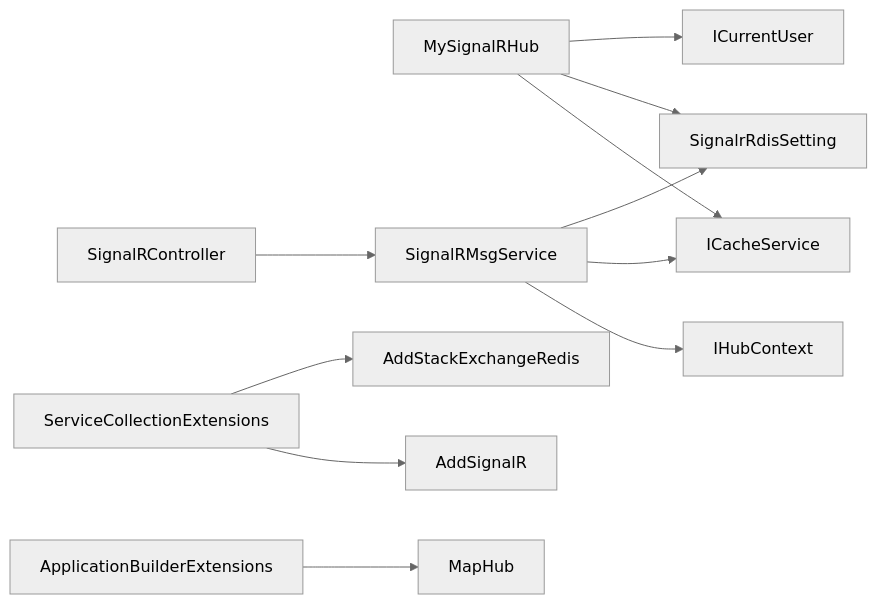
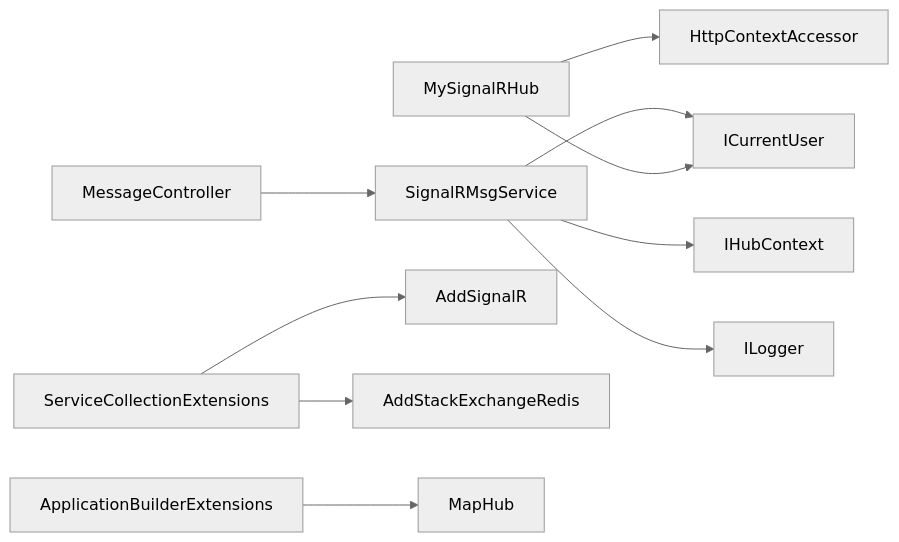
Before and after one commit to junkai-li/NetCoreKevin: the fifth of 5 diagrams in .qoder/repowiki/zh/content/核心模块/消息系统/实时消息推送.md, drawn with Mermaid (neutral theme). The commit also changed other lines of this file and 40 other files, not shown here.

````diff
--- a/.qoder/repowiki/zh/content/核心模块/消息系统/实时消息推送.md
+++ b/.qoder/repowiki/zh/content/核心模块/消息系统/实时消息推送.md
@@ -275,13 +244,12 @@
 ```mermaid
 graph LR
-HUB["MySignalRHub"] --> CACHE["ICacheService"]
-HUB --> CFG["SignalrRdisSetting"]
-HUB --> USER["ICurrentUser"]
+HUB["MySignalRHub"] --> USER["ICurrentUser"]
+HUB --> CONTEXT["HttpContextAccessor"]
 SVC["SignalRMsgService"] --> HUBCTX["IHubContext<MySignalRHub>"]
-SVC --> CACHE
-SVC --> CFG
-CTRL["SignalRController"] --> SVC
+SVC --> USER
+SVC --> LOGGER["ILogger"]
+CTRL["MessageController"] --> SVC
 EXT["ServiceCollectionExtensions"] --> SIGNALR["AddSignalR"]
 EXT --> REDIS["AddStackExchangeRedis"]
 APPEXT["ApplicationBuilderExtensions"] --> MAP["MapHub"]
 ```
````
